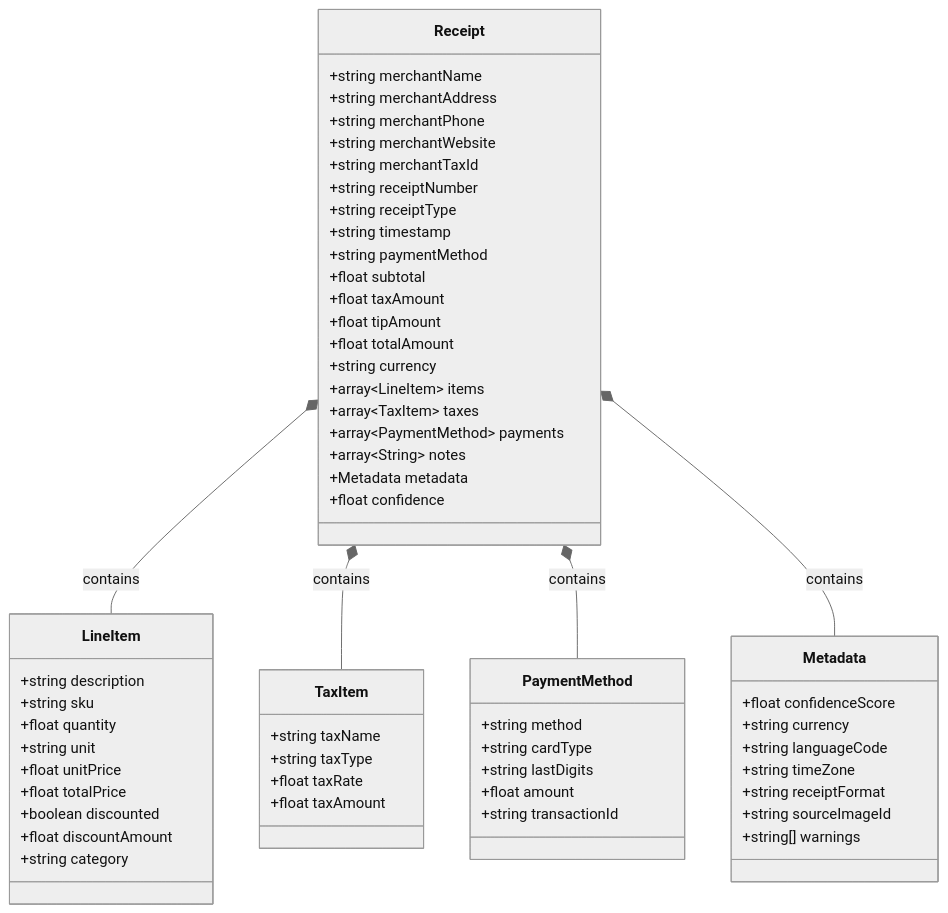
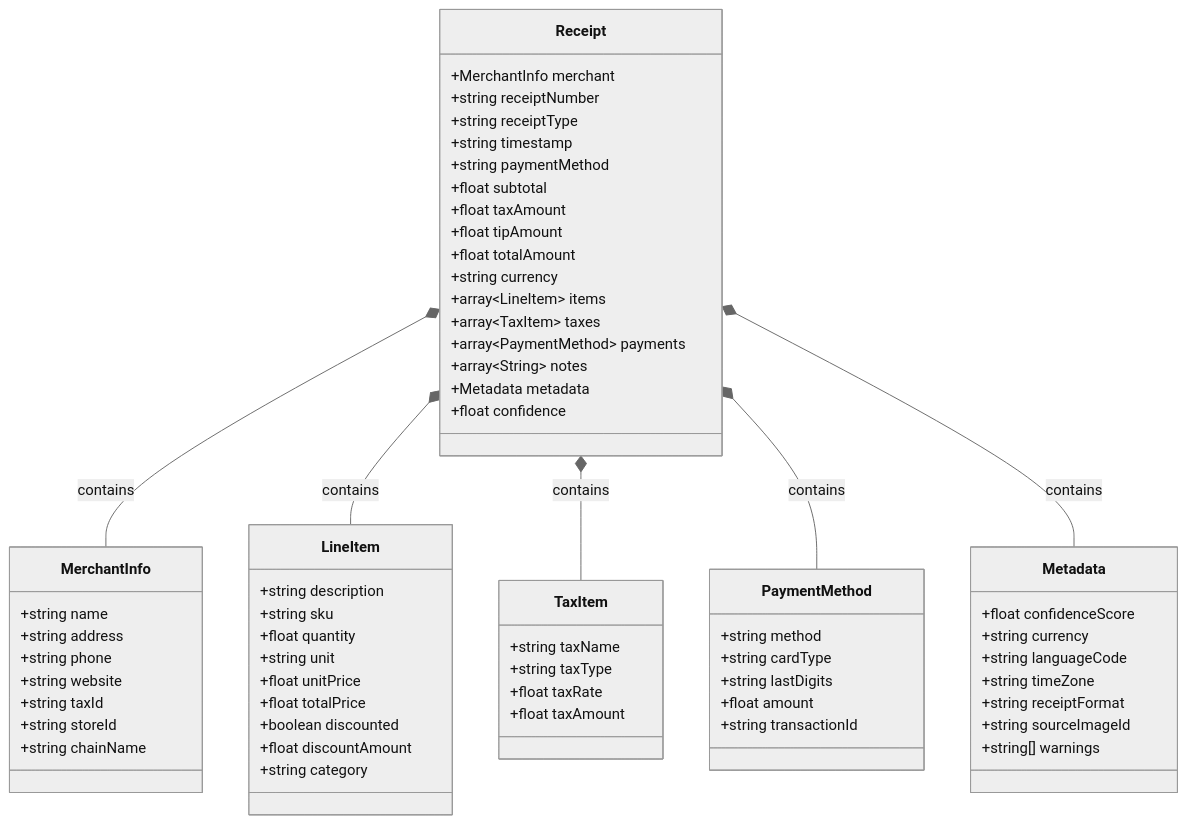
Before and after one commit to o2alexanderfedin/OCRChecksServer-demo: the first of 2 diagrams in docs/receipt-schema.md, drawn with Mermaid (neutral theme). The commit also changed other lines of this file and 4 other files, not shown here.

````diff
--- a/docs/receipt-schema.md
+++ b/docs/receipt-schema.md
@@ -11,67 +11,74 @@
 ```mermaid
 classDiagram
     class Receipt {
-        +string merchantName
-        +string merchantAddress
-        +string merchantPhone
-        +string merchantWebsite
-        +string merchantTaxId
+        +MerchantInfo merchant
         +string receiptNumber
         +string receiptType
         +string timestamp
         +string paymentMethod
         +float subtotal
         +float taxAmount
         +float tipAmount
         +float totalAmount
         +string currency
         +array~LineItem~ items
         +array~TaxItem~ taxes
         +array~PaymentMethod~ payments
         +array~String~ notes
         +Metadata metadata
         +float confidence
+    }
+    
+    class MerchantInfo {
+        +string name
+        +string address
+        +string phone
+        +string website
+        +string taxId
+        +string storeId
+        +string chainName
     }
 
     class LineItem {
         +string description
         +string sku
         +float quantity
         +string unit
         +float unitPrice
         +float totalPrice
         +boolean discounted
         +float discountAmount
         +string category
     }
 
     class TaxItem {
         +string taxName
         +string taxType
         +float taxRate
         +float taxAmount
     }
 
     class PaymentMethod {
         +string method
         +string cardType
         +string lastDigits
         +float amount
         +string transactionId
     }
 
     class Metadata {
         +float confidenceScore
         +string currency
         +string languageCode
         +string timeZone
         +string receiptFormat
         +string sourceImageId
         +string[] warnings
     }
 
+    Receipt *-- MerchantInfo : contains
     Receipt *-- LineItem : contains
     Receipt *-- TaxItem : contains
     Receipt *-- PaymentMethod : contains
     Receipt *-- Metadata : contains
 ```
````
